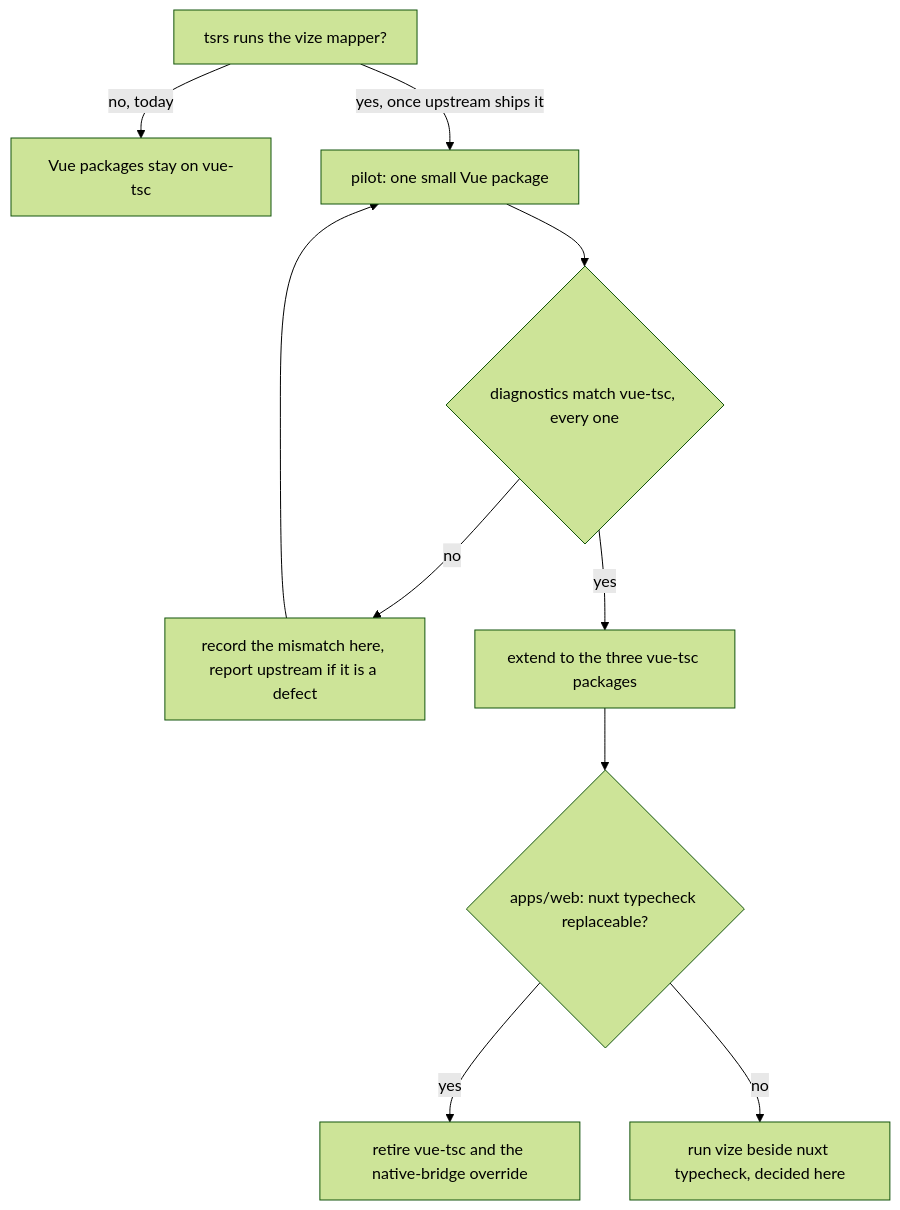
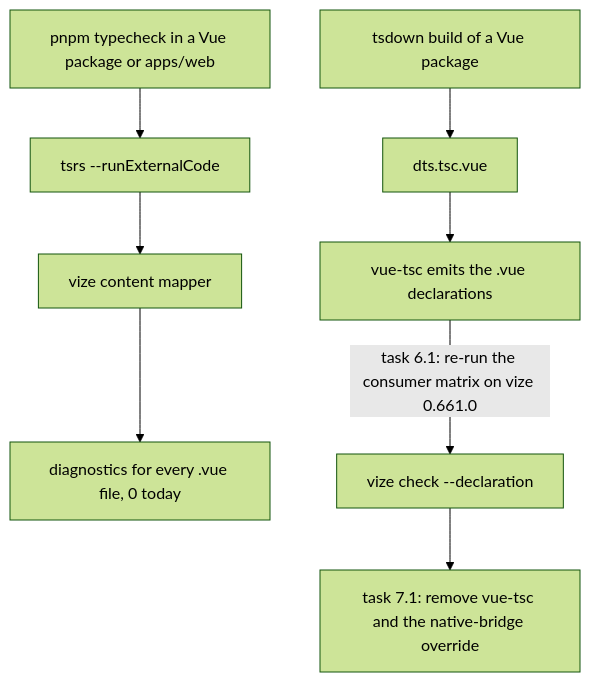
The diagram in openspec/changes/architecture-vize-vue-typecheck/design.md (Esposter/Esposter), drawn with Mermaid (forest theme) before and after one commit. The commit also changed other lines of this file and 5 other files, not shown here.

First line of the commit message:
docs(openspec): the vize type-check change is written as built, with the closed issues as history and the 0.661.0 numbers first

````diff
--- a/openspec/changes/architecture-vize-vue-typecheck/design.md
+++ b/openspec/changes/architecture-vize-vue-typecheck/design.md
@@ -158,12 +155,10 @@
 ```mermaid
 flowchart TD
-  T["tsrs runs the vize mapper?"] -->|"no, today"| VUE["Vue packages stay on vue-tsc"]
-  T -->|"yes, once upstream ships it"| PILOT["pilot: one small Vue package"]
-  PILOT --> M{"diagnostics match vue-tsc, every one"}
-  M -->|"no"| RECORD["record the mismatch here, report upstream if it is a defect"]
-  RECORD --> PILOT
-  M -->|"yes"| SCOPE["extend to the three vue-tsc packages"]
-  SCOPE --> NUXT{"apps/web: nuxt typecheck replaceable?"}
-  NUXT -->|"yes"| RETIRE["retire vue-tsc and the native-bridge override"]
-  NUXT -->|"no"| BESIDE["run vize beside nuxt typecheck, decided here"]
+  CHECK["pnpm typecheck in a Vue package or apps/web"] --> TSRS["tsrs --runExternalCode"]
+  TSRS --> MAP["vize content mapper"]
+  MAP --> OK["diagnostics for every .vue file, 0 today"]
+  BUILD["tsdown build of a Vue package"] --> DTS["dts.tsc.vue"]
+  DTS --> VUETSC["vue-tsc emits the .vue declarations"]
+  VUETSC -->|"task 6.1: re-run the consumer matrix on vize 0.661.0"| VIZE["vize check --declaration"]
+  VIZE --> RETIRE["task 7.1: remove vue-tsc and the native-bridge override"]
 ```
````
